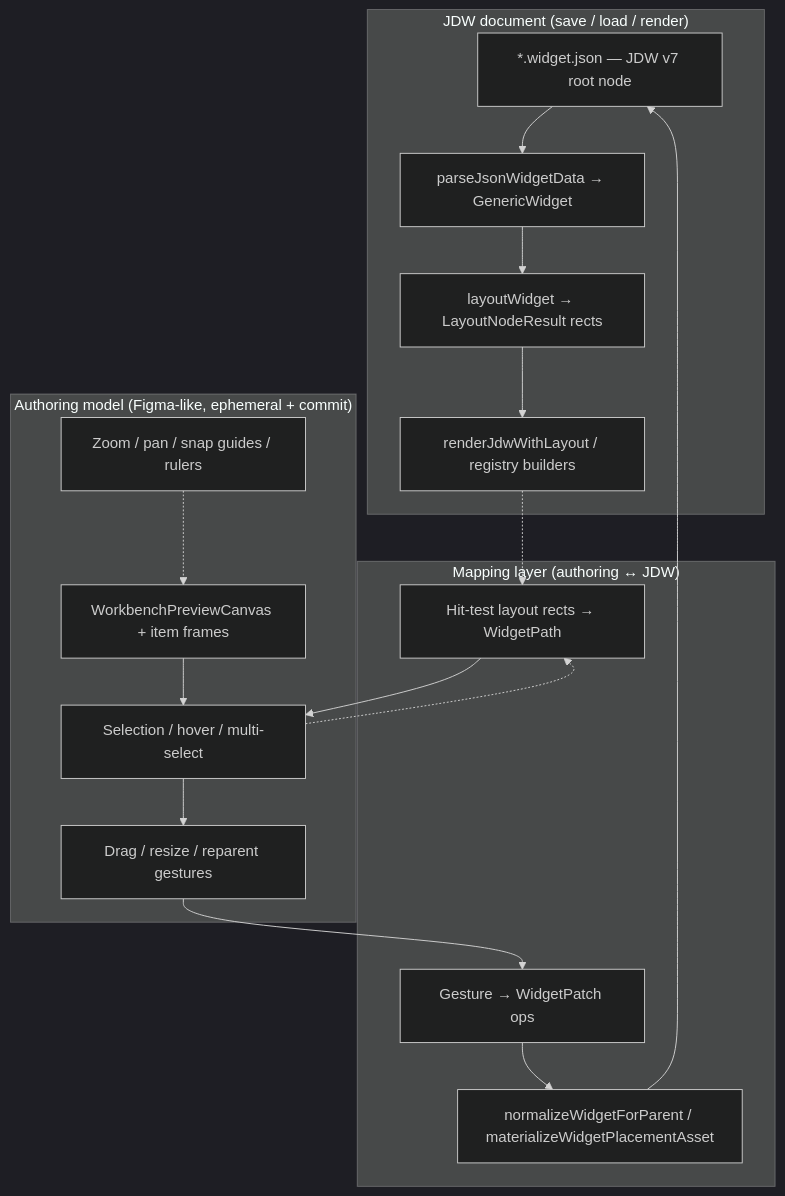
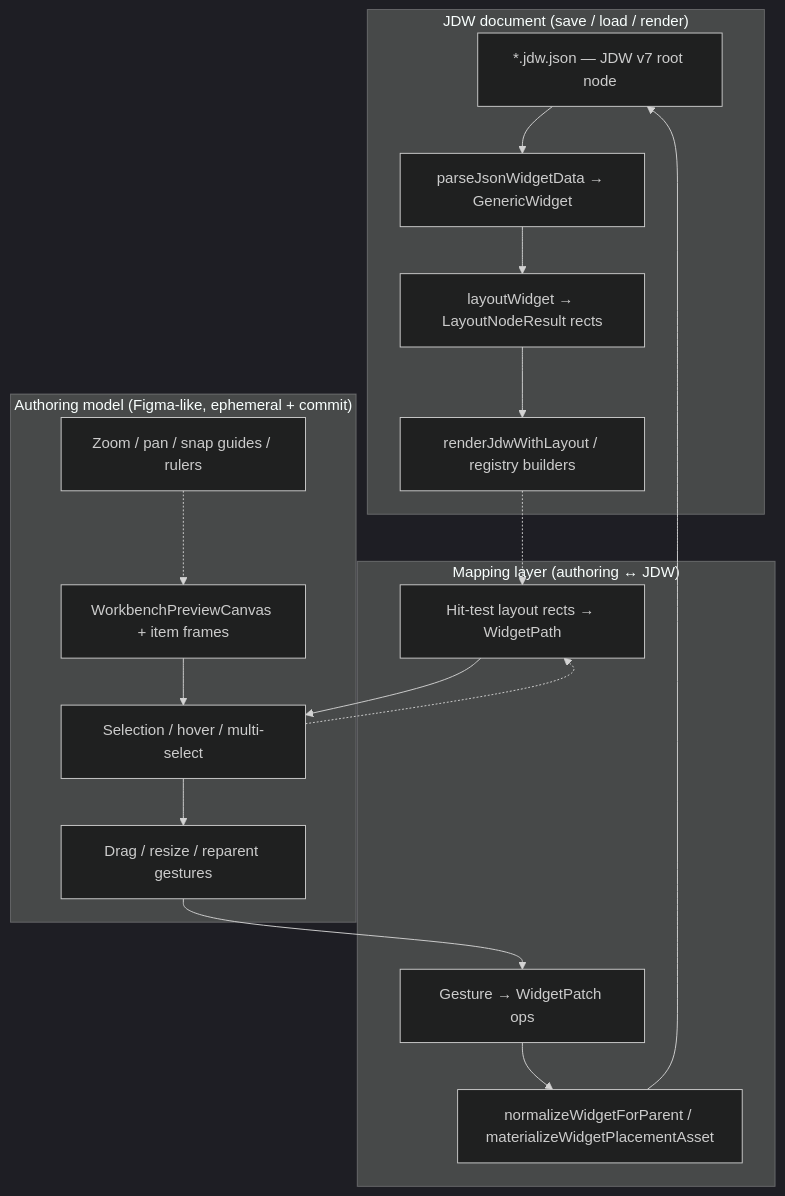
The diagram in docs/workbench/jdw-schema-figma-authoring.md (NewChoBo/workbench-kit), drawn with Mermaid (dark theme) before and after one commit. The commit also changed 24 other files, not shown here.

Commit message:
feat(jdw): standardize widget and schema file types

````diff
--- a/docs/workbench/jdw-schema-figma-authoring.md
+++ b/docs/workbench/jdw-schema-figma-authoring.md
@@ -21,31 +21,31 @@
 ```mermaid
 flowchart TB
   subgraph persistence ["JDW document (save / load / render)"]
-    WD["*.widget.json — JDW v7 root node"]
+    WD["*.jdw.json — JDW v7 root node"]
     PARSE["parseJsonWidgetData → GenericWidget"]
     LAYOUT["layoutWidget → LayoutNodeResult rects"]
     RENDER["renderJdwWithLayout / registry builders"]
     WD --> PARSE --> LAYOUT --> RENDER
   end
 
   subgraph authoring ["Authoring model (Figma-like, ephemeral + commit)"]
     CANVAS["WorkbenchPreviewCanvas + item frames"]
     SEL["Selection / hover / multi-select"]
     GEST["Drag / resize / reparent gestures"]
     VIEW["Zoom / pan / snap guides / rulers"]
     CANVAS --> SEL --> GEST
     VIEW -.-> CANVAS
   end
 
   subgraph mapping ["Mapping layer (authoring ↔ JDW)"]
     HIT["Hit-test layout rects → WidgetPath"]
     TRANS["Gesture → WidgetPatch ops"]
     NORM["normalizeWidgetForParent / materializeWidgetPlacementAsset"]
     GEST --> TRANS --> NORM
     HIT --> SEL
     NORM --> WD
   end
 
   RENDER -.-> HIT
   SEL -.-> HIT
 ```
````
